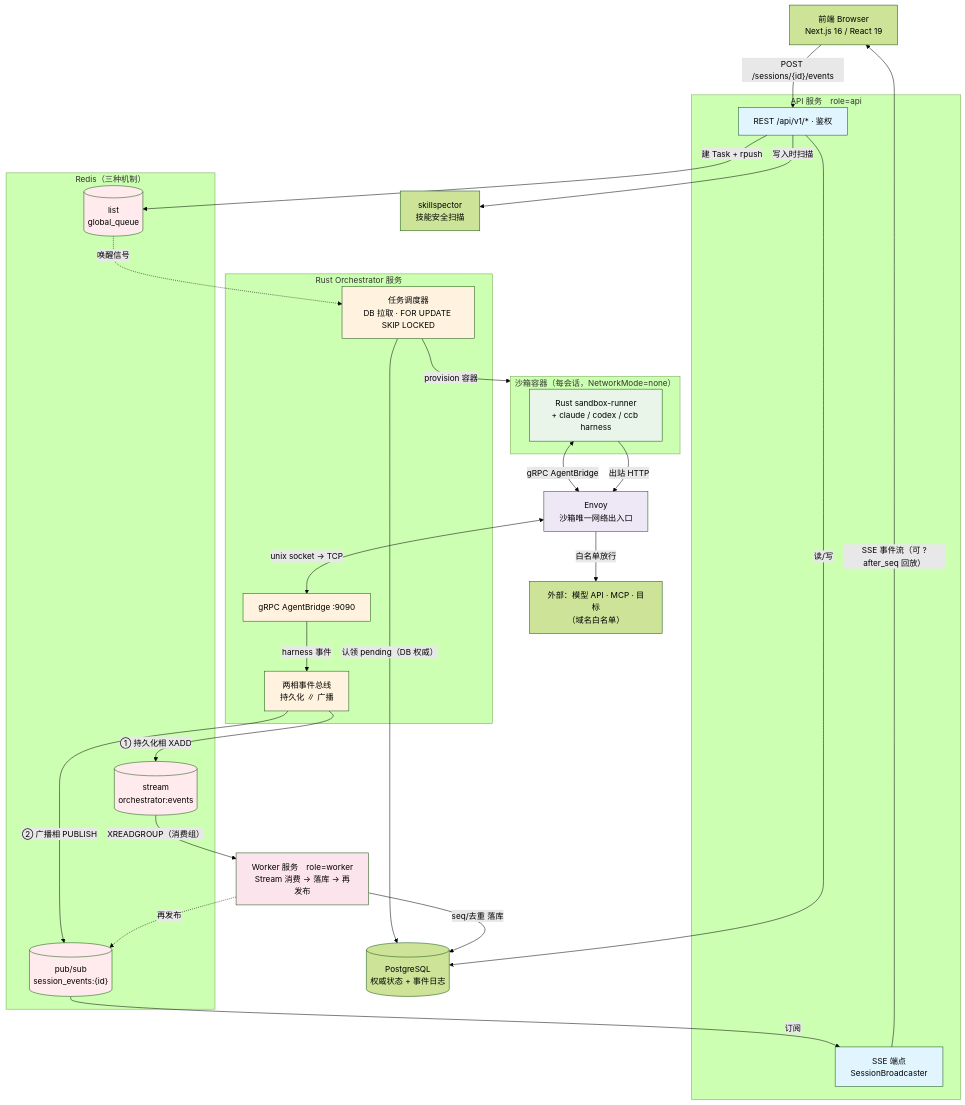
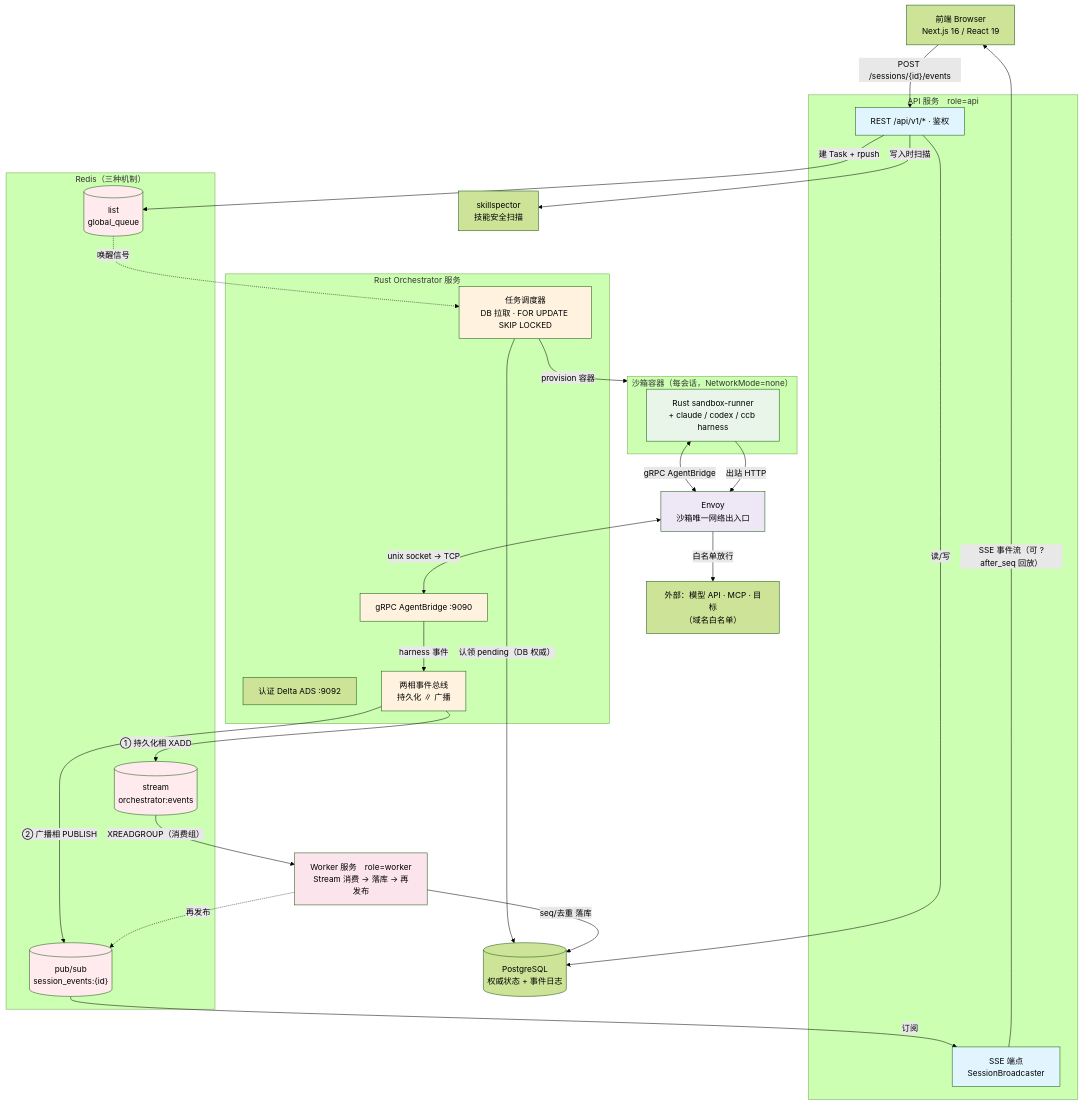
One commit to jd-opensource/JoySafeter changed the first of 2 diagrams in docs/ARCHITECTURE_CN.md. Above: the diagram before and after it, drawn with Mermaid (forest theme). The commit also changed other lines of this file and 110 other files, not shown here.

Commit message:
refactor(xds): establish domain-owned runtime architecture

````diff
--- a/docs/ARCHITECTURE_CN.md
+++ b/docs/ARCHITECTURE_CN.md
@@ -19,70 +19,71 @@
 ```mermaid
 flowchart TB
     FE["前端 Browser<br/>Next.js 16 / React 19"]
 
     subgraph API_S["API 服务　role=api"]
         API["REST /api/v1/* · 鉴权"]
         BC["SSE 端点<br/>SessionBroadcaster"]
     end
 
     subgraph ORCH_S["Rust Orchestrator 服务"]
         SCHED["任务调度器<br/>DB 拉取 · FOR UPDATE SKIP LOCKED"]
         GRPC["gRPC AgentBridge :9090"]
+        XDS["认证 Delta ADS :9092"]
         BUS["两相事件总线<br/>持久化 ∥ 广播"]
     end
 
     WK["Worker 服务　role=worker<br/>Stream 消费 → 落库 → 再发布"]
 
     subgraph REDIS["Redis（三种机制）"]
         RLIST[("list<br/>global_queue")]
         RSTREAM[("stream<br/>orchestrator:events")]
         RPUB[("pub/sub<br/>session_events:{id}")]
     end
     PG[("PostgreSQL<br/>权威状态 + 事件日志")]
     SKILLSPECTOR["skillspector<br/>技能安全扫描"]
 
     subgraph SBX["沙箱容器（每会话，NetworkMode=none）"]
         RUN["Rust sandbox-runner<br/>+ claude / codex / ccb harness"]
     end
     ENVOY["Envoy<br/>沙箱唯一网络出入口"]
     EXT["外部：模型 API · MCP · 目标<br/>（域名白名单）"]
 
     %% 提交与调度
     FE -->|"POST /sessions/{id}/events"| API
     API -->|"建 Task + rpush"| RLIST
     API -->|"读/写"| PG
     API -->|"写入时扫描"| SKILLSPECTOR
     RLIST -.->|"唤醒信号"| SCHED
     SCHED -->|"认领 pending（DB 权威）"| PG
     SCHED -->|"provision 容器"| SBX
 
     %% 沙箱流量全部经 Envoy
     RUN <-->|"gRPC AgentBridge"| ENVOY
     ENVOY <-->|"unix socket → TCP"| GRPC
     RUN -->|"出站 HTTP"| ENVOY
     ENVOY -->|"白名单放行"| EXT
 
     %% 事件两相
     GRPC -->|"harness 事件"| BUS
     BUS -->|"① 持久化相 XADD"| RSTREAM
     BUS -->|"② 广播相 PUBLISH"| RPUB
     RSTREAM -->|"XREADGROUP（消费组）"| WK
     WK -->|"seq/去重 落库"| PG
     WK -.->|"再发布"| RPUB
 
     %% SSE 回流到浏览器
     RPUB -->|"订阅"| BC
     BC -->|"SSE 事件流（可 ?after_seq 回放）"| FE
 
     style API fill:#e1f5ff
     style BC fill:#e1f5ff
     style SCHED fill:#fff3e0
     style GRPC fill:#fff3e0
     style BUS fill:#fff3e0
     style WK fill:#fce4ec
     style RLIST fill:#ffebee
     style RSTREAM fill:#ffebee
     style RPUB fill:#ffebee
     style RUN fill:#e8f5e8
     style ENVOY fill:#ede7f6
 ```
````
